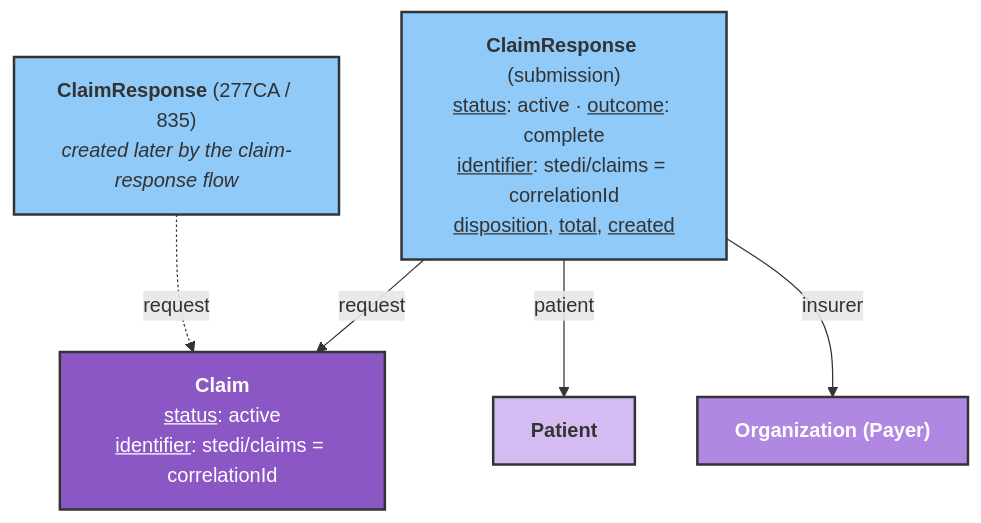
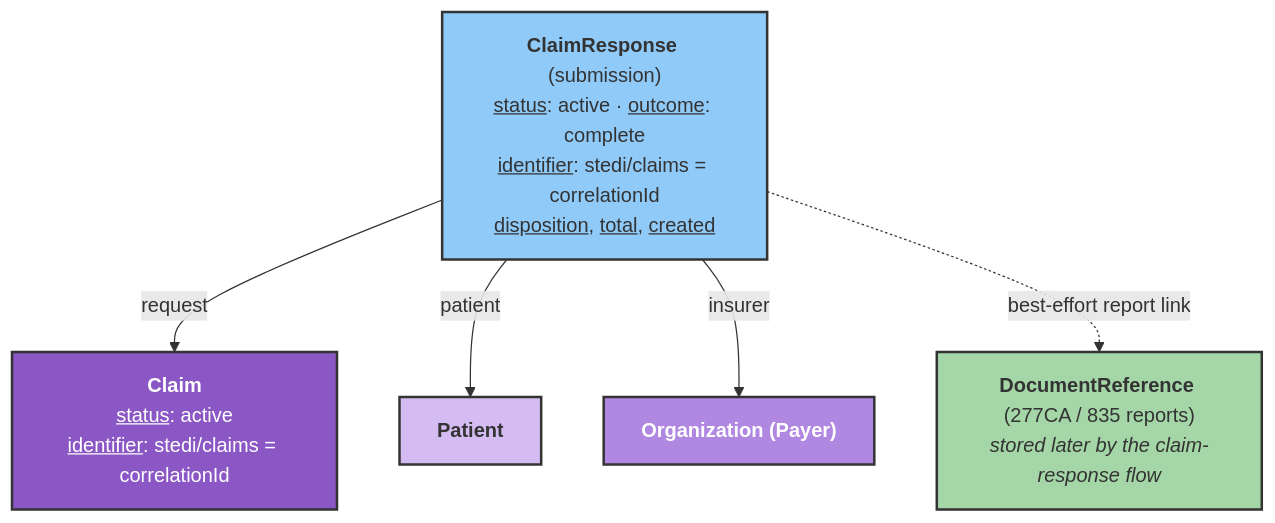
Before and after one commit to medplum/medplum: the second of 2 diagrams in packages/docs/docs/integration/stedi/claim-submission/professional-claims.md, drawn with Mermaid. The commit also changed other lines of this file and 5 other files, not shown here.

Commit message:
Claim Response Tracking

````diff
--- a/packages/docs/docs/integration/stedi/claim-submission/professional-claims.md
+++ b/packages/docs/docs/integration/stedi/claim-submission/professional-claims.md
@@ -528,27 +528,29 @@
 ```mermaid
 flowchart TD
     Claim["<div style='text-align: center;'><strong>Claim</strong></div><u>status</u>: active<br><u>identifier</u>: stedi/claims = correlationId"]
 
     ClaimResponse["<div style='text-align: center;'><strong>ClaimResponse</strong> (submission)</div><u>status</u>: active &middot; <u>outcome</u>: complete<br><u>identifier</u>: stedi/claims = correlationId<br><u>disposition</u>, <u>total</u>, <u>created</u>"]
 
     Patient["<div style='text-align: center;'><strong>Patient</strong></div>"]
 
     PayerOrg["<div style='text-align: center;'><strong>Organization (Payer)</strong></div>"]
 
-    Responses["<div style='text-align: center;'><strong>ClaimResponse</strong> (277CA / 835)</div><em>created later by the claim-response flow</em>"]
+    Reports["<div style='text-align: center;'><strong>DocumentReference</strong> (277CA / 835 reports)</div><em>stored later by the claim-response flow</em>"]
 
     ClaimResponse -->|request| Claim
     ClaimResponse -->|patient| Patient
     ClaimResponse -->|insurer| PayerOrg
-    Responses -.->|request| Claim
+    ClaimResponse -.->|"best-effort report link"| Reports
 
     classDef claim fill:#8B57C4,stroke:#333,stroke-width:2px,color:#fff
     classDef response fill:#90CAF9,stroke:#333,stroke-width:2px
+    classDef document fill:#A5D6A7,stroke:#333,stroke-width:2px
     classDef organization fill:#B088E1,stroke:#333,stroke-width:2px,color:#fff
     classDef patient fill:#D4BCF2,stroke:#333,stroke-width:2px
 
     class Claim claim
-    class ClaimResponse,Responses response
+    class ClaimResponse response
+    class Reports document
     class PayerOrg organization
     class Patient patient
 ```
````
